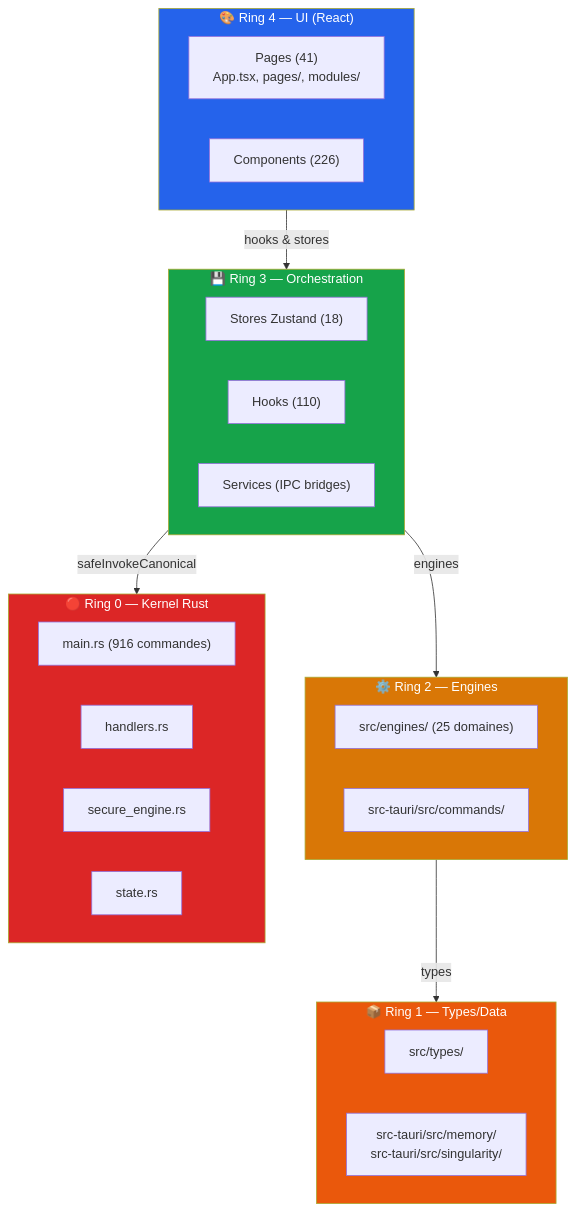
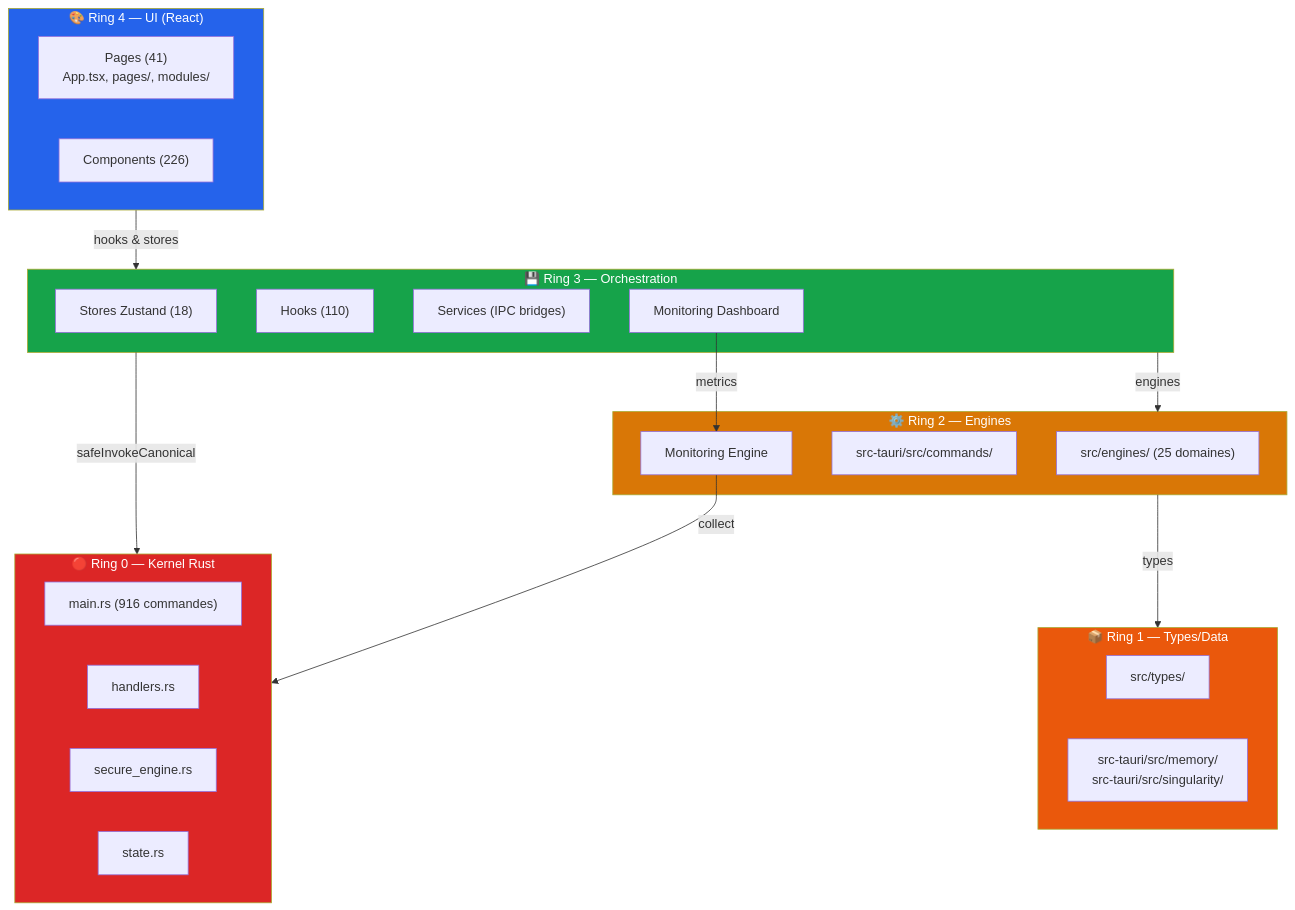
The diagram in ARCHITECTURE.md (KallokTherok1994/TITANE_INFINITY), drawn with Mermaid before and after one commit. The commit also changed other lines of this file and 24 other files, not shown here.

````diff
--- a/ARCHITECTURE.md
+++ b/ARCHITECTURE.md
@@ -30,41 +48,45 @@
 ```mermaid
 flowchart TB
     subgraph Ring4 ["🎨 Ring 4 — UI (React)"]
         Pages["Pages (41)\nApp.tsx, pages/, modules/"]
         Comps["Components (226)"]
     end
 
     subgraph Ring3 ["💾 Ring 3 — Orchestration"]
         Stores["Stores Zustand (18)"]
         Hooks["Hooks (110)"]
         Services["Services (IPC bridges)"]
+        MonitoringUI["Monitoring Dashboard"]
     end
 
     subgraph Ring2 ["⚙️ Ring 2 — Engines"]
         Engines["src/engines/ (25 domaines)"]
         RustCmd["src-tauri/src/commands/"]
+        MonitoringEngine["Monitoring Engine"]
     end
 
     subgraph Ring1 ["📦 Ring 1 — Types/Data"]
         Types["src/types/"]
         RustData["src-tauri/src/memory/\nsrc-tauri/src/singularity/"]
     end
 
     subgraph Ring0 ["🔴 Ring 0 — Kernel Rust"]
         MainRs["main.rs (916 commandes)"]
         Handlers["handlers.rs"]
         SecEng["secure_engine.rs"]
         State["state.rs"]
     end
 
     Ring4 -->|hooks & stores| Ring3
     Ring3 -->|safeInvokeCanonical| Ring0
     Ring2 -->|types| Ring1
     Ring3 -->|engines| Ring2
+    MonitoringUI -->|metrics| MonitoringEngine
+    MonitoringEngine -->|collect| Ring0
 
     style Ring0 fill:#dc2626,color:#fff
     style Ring1 fill:#ea580c,color:#fff
     style Ring2 fill:#d97706,color:#fff
     style Ring3 fill:#16a34a,color:#fff
     style Ring4 fill:#2563eb,color:#fff
 ```
````
